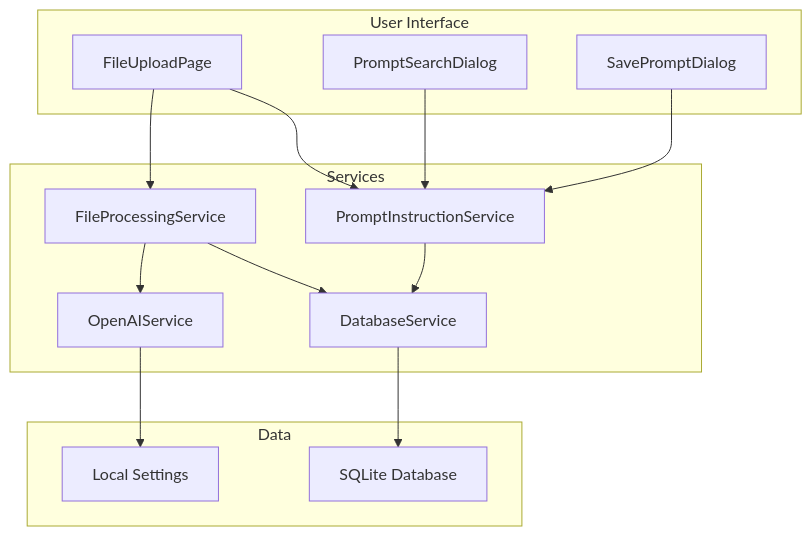
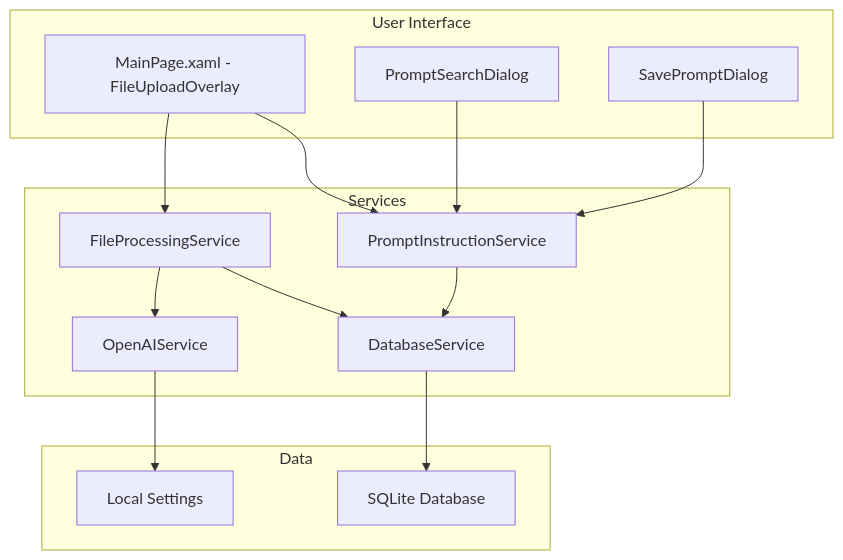
The second of 3 diagrams in TUTORIAL.md (carvals/cai), drawn with Mermaid before and after one commit. The commit also changed other lines of this file and 13 other files, not shown here.

````diff
--- a/TUTORIAL.md
+++ b/TUTORIAL.md
@@ -675,30 +822,30 @@
 ```mermaid
 graph TB
     subgraph "User Interface"
-        A[FileUploadPage]
+        A[MainPage.xaml - FileUploadOverlay]
         B[PromptSearchDialog]
         C[SavePromptDialog]
     end
     
     subgraph "Services"
         D[FileProcessingService]
         E[PromptInstructionService]
         F[OpenAIService]
         G[DatabaseService]
     end
     
     subgraph "Data"
         H[SQLite Database]
         I[Local Settings]
     end
     
     A --> D
     A --> E
     B --> E
     C --> E
     D --> F
     D --> G
     E --> G
     G --> H
     F --> I
 ```
````
